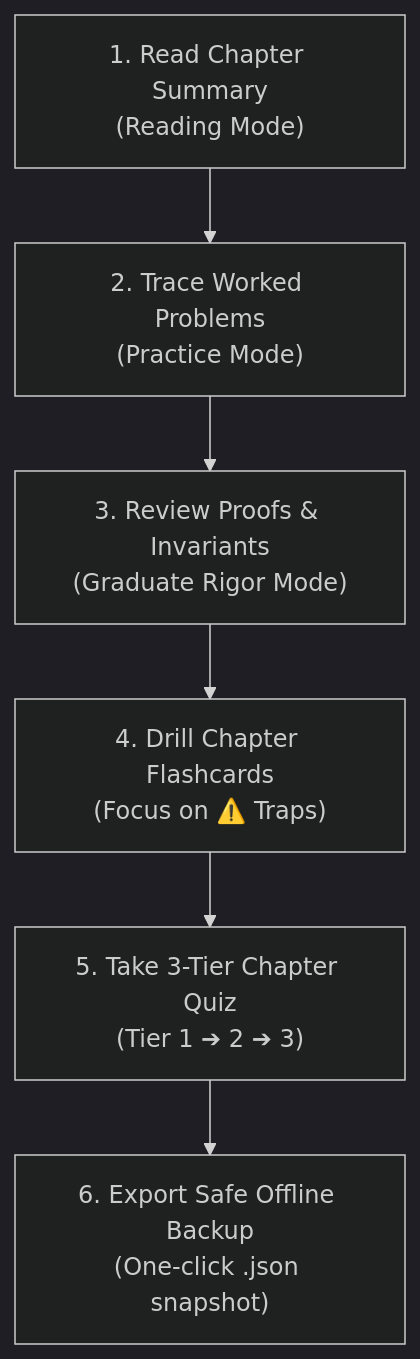
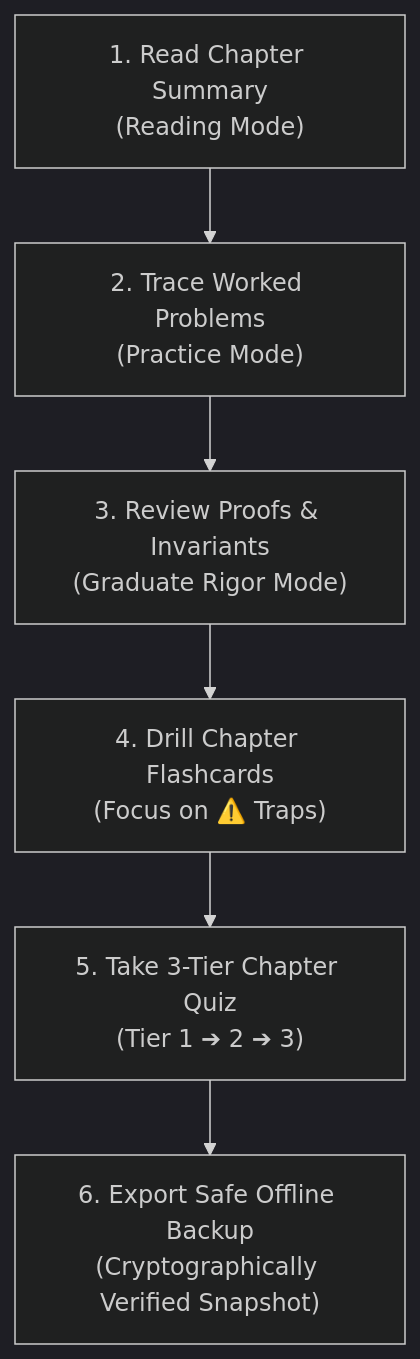
The diagram in README.md (noor202401938-netizen/mantiq), drawn with Mermaid (dark theme) before and after one commit. The commit also changed other lines of this file, not shown here.

````diff
--- a/README.md
+++ b/README.md
@@ -69,8 +61,8 @@
 ```mermaid
 graph TD
     A["1. Read Chapter Summary<br/>(Reading Mode)"] --> B["2. Trace Worked Problems<br/>(Practice Mode)"]
     B --> C["3. Review Proofs & Invariants<br/>(Graduate Rigor Mode)"]
     C --> D["4. Drill Chapter Flashcards<br/>(Focus on ⚠️ Traps)"]
     D --> E["5. Take 3-Tier Chapter Quiz<br/>(Tier 1 ➔ 2 ➔ 3)"]
-    E --> F["6. Export Safe Offline Backup<br/>(One-click .json snapshot)"]
+    E --> F["6. Export Safe Offline Backup<br/>(Cryptographically Verified Snapshot)"]
 ```
````
